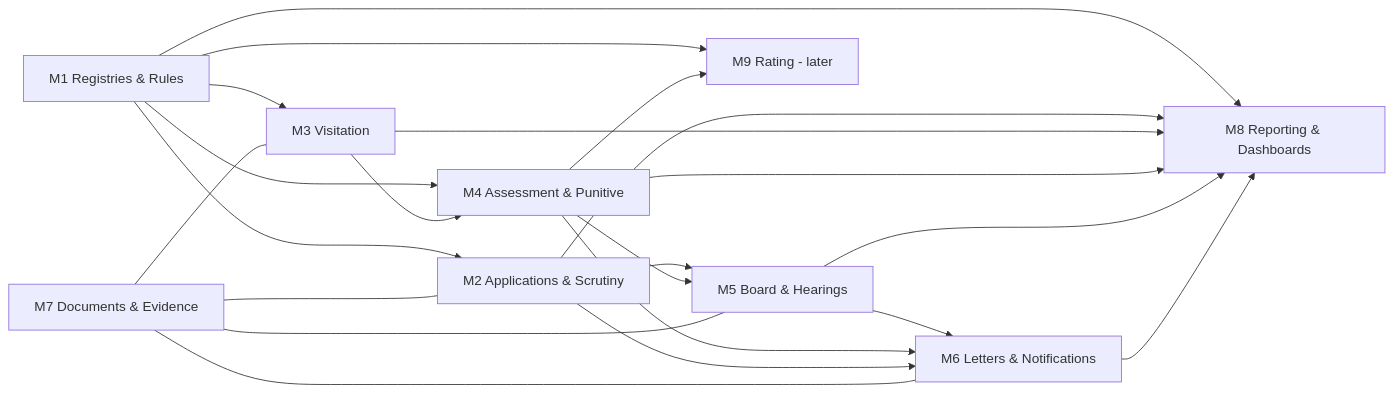
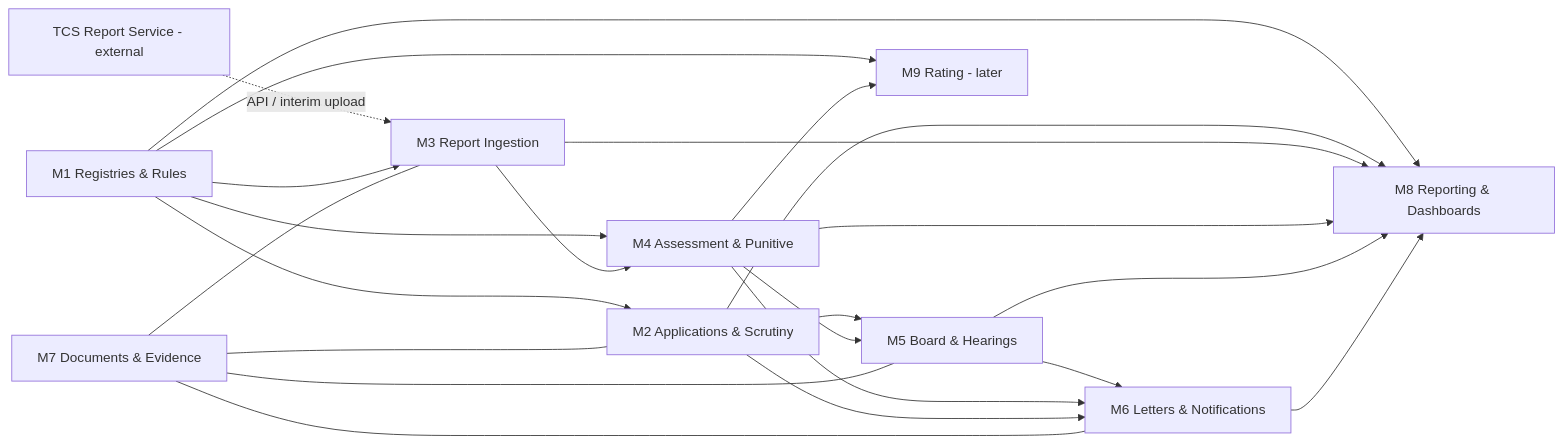
The diagram in docs/srs/09-modules.md (Abhinash04/NCISM), drawn with Mermaid before and after one commit. The commit also changed other lines of this file and 24 other files, not shown here.

Commit message:
docs: update SRS suite, project architecture documentation, and workflow analysis

````diff
--- a/docs/srs/09-modules.md
+++ b/docs/srs/09-modules.md
@@ -170,24 +191,25 @@
 ```mermaid
 flowchart LR
+    TCS[TCS Report Service - external] -. API / interim upload .-> M3
     M1[M1 Registries & Rules] --> M2[M2 Applications & Scrutiny]
-    M1 --> M3[M3 Visitation]
+    M1 --> M3[M3 Report Ingestion]
     M1 --> M4[M4 Assessment & Punitive]
     M3 --> M4
     M2 --> M5[M5 Board & Hearings]
     M4 --> M5
     M5 --> M6[M6 Letters & Notifications]
     M4 --> M6
     M2 --> M6
     M7[M7 Documents & Evidence] --- M2
     M7 --- M3
     M7 --- M5
     M7 --- M6
     M1 --> M9[M9 Rating - later]
     M4 --> M9
     M1 --> M8[M8 Reporting & Dashboards]
     M2 --> M8
     M3 --> M8
     M4 --> M8
     M5 --> M8
     M6 --> M8
 ```
````
